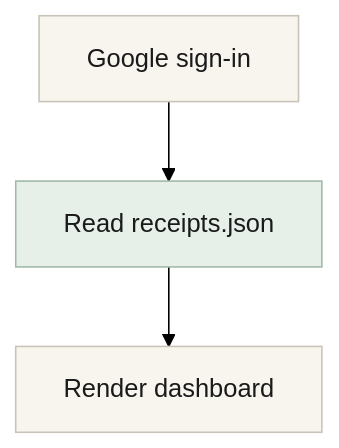
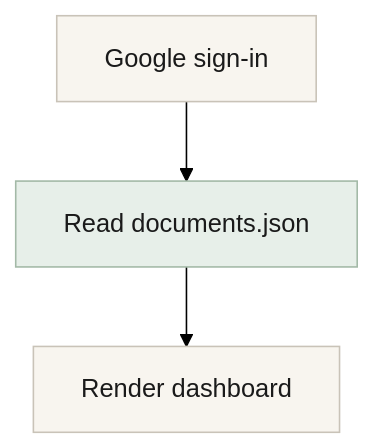
The third of 3 diagrams in ARCHITECTURE.md (jiahongc/HSA-paperless), drawn with Mermaid (forest theme) before and after one commit. The commit also changed other lines of this file and 13 other files, not shown here.

````diff
--- a/ARCHITECTURE.md
+++ b/ARCHITECTURE.md
@@ -178,8 +178,8 @@
 ```mermaid
 flowchart TB
   classDef step fill:#f8f5ef,stroke:#c9c3b8,color:#1a1a1a
   classDef io fill:#e7efe9,stroke:#a3b9a7,color:#1a1a1a
 
-  L[Google sign-in]:::step --> R[Read receipts.json]:::io
+  L[Google sign-in]:::step --> R[Read documents.json]:::io
   R --> T[Render dashboard]:::step
 ```
````
